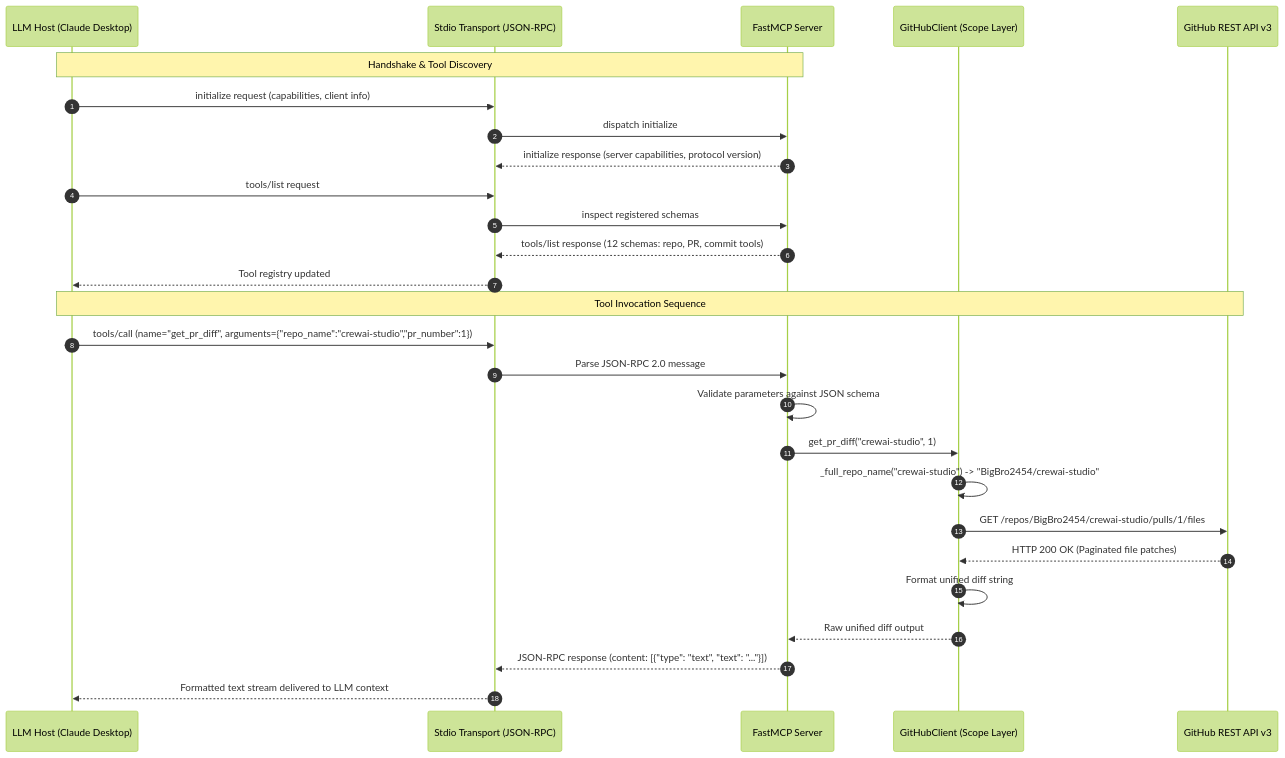
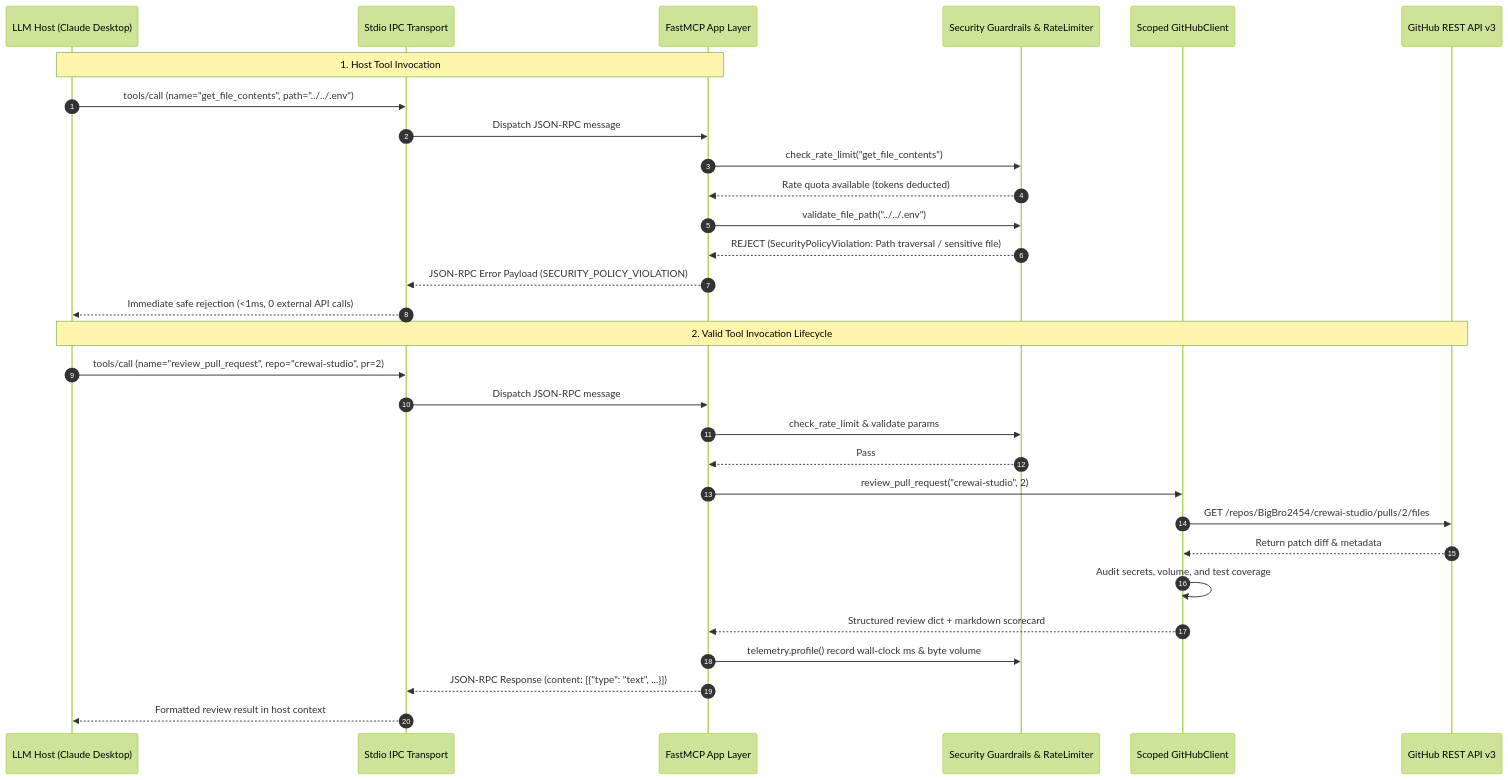
One commit to BigBro2454/github-mcp-server changed the second of 2 diagrams in README.md. Above: the diagram before and after it, drawn with Mermaid (forest theme). The commit also changed other lines of this file and 10 other files, not shown here.

First line of the commit message:
feat: implement security guardrails, repo health audit, and telemetry dashboard

````diff
--- a/README.md
+++ b/README.md
@@ -76,31 +97,34 @@
 ```mermaid
 sequenceDiagram
     autonumber
     participant Host as LLM Host (Claude Desktop)
-    participant Stdio as Stdio Transport (JSON-RPC)
-    participant Server as FastMCP Server
-    participant Scope as GitHubClient (Scope Layer)
+    participant Stdio as Stdio IPC Transport
+    participant FastMCP as FastMCP App Layer
+    participant Guard as Security Guardrails & RateLimiter
+    participant Client as Scoped GitHubClient
     participant GitHub as GitHub REST API v3
 
-    Note over Host,Server: Handshake & Tool Discovery
-    Host->>Stdio: initialize request (capabilities, client info)
-    Stdio->>Server: dispatch initialize
-    Server-->>Stdio: initialize response (server capabilities, protocol version)
-    Host->>Stdio: tools/list request
-    Stdio->>Server: inspect registered schemas
-    Server-->>Stdio: tools/list response (12 schemas: repo, PR, commit tools)
-    Stdio-->>Host: Tool registry updated
+    Note over Host,FastMCP: 1. Host Tool Invocation
+    Host->>Stdio: tools/call (name="get_file_contents", path="../../.env")
+    Stdio->>FastMCP: Dispatch JSON-RPC message
+    FastMCP->>Guard: check_rate_limit("get_file_contents")
+    Guard-->>FastMCP: Rate quota available (tokens deducted)
+    FastMCP->>Guard: validate_file_path("../../.env")
+    Guard-->>FastMCP: REJECT (SecurityPolicyViolation: Path traversal / sensitive file)
+    FastMCP-->>Stdio: JSON-RPC Error Payload (SECURITY_POLICY_VIOLATION)
+    Stdio-->>Host: Immediate safe rejection (<1ms, 0 external API calls)
 
-    Note over Host,GitHub: Tool Invocation Sequence
-    Host->>Stdio: tools/call (name="get_pr_diff", arguments={"repo_name":"crewai-studio","pr_number":1})
-    Stdio->>Server: Parse JSON-RPC 2.0 message
-    Server->>Server: Validate parameters against JSON schema
-    Server->>Scope: get_pr_diff("crewai-studio", 1)
-    Scope->>Scope: _full_repo_name("crewai-studio") -> "BigBro2454/crewai-studio"
-    Scope->>GitHub: GET /repos/BigBro2454/crewai-studio/pulls/1/files
-    GitHub-->>Scope: HTTP 200 OK (Paginated file patches)
-    Scope->>Scope: Format unified diff string
-    Scope-->>Server: Raw unified diff output
-    Server-->>Stdio: JSON-RPC response (content: [{"type": "text", "text": "..."}])
-    Stdio-->>Host: Formatted text stream delivered to LLM context
+    Note over Host,GitHub: 2. Valid Tool Invocation Lifecycle
+    Host->>Stdio: tools/call (name="review_pull_request", repo="crewai-studio", pr=2)
+    Stdio->>FastMCP: Dispatch JSON-RPC message
+    FastMCP->>Guard: check_rate_limit & validate params
+    Guard-->>FastMCP: Pass
+    FastMCP->>Client: review_pull_request("crewai-studio", 2)
+    Client->>GitHub: GET /repos/BigBro2454/crewai-studio/pulls/2/files
+    GitHub-->>Client: Return patch diff & metadata
+    Client->>Client: Audit secrets, volume, and test coverage
+    Client-->>FastMCP: Structured review dict + markdown scorecard
+    FastMCP->>Guard: telemetry.profile() record wall-clock ms & byte volume
+    FastMCP-->>Stdio: JSON-RPC Response (content: [{"type": "text", ...}])
+    Stdio-->>Host: Formatted review result in host context
 ```
````
